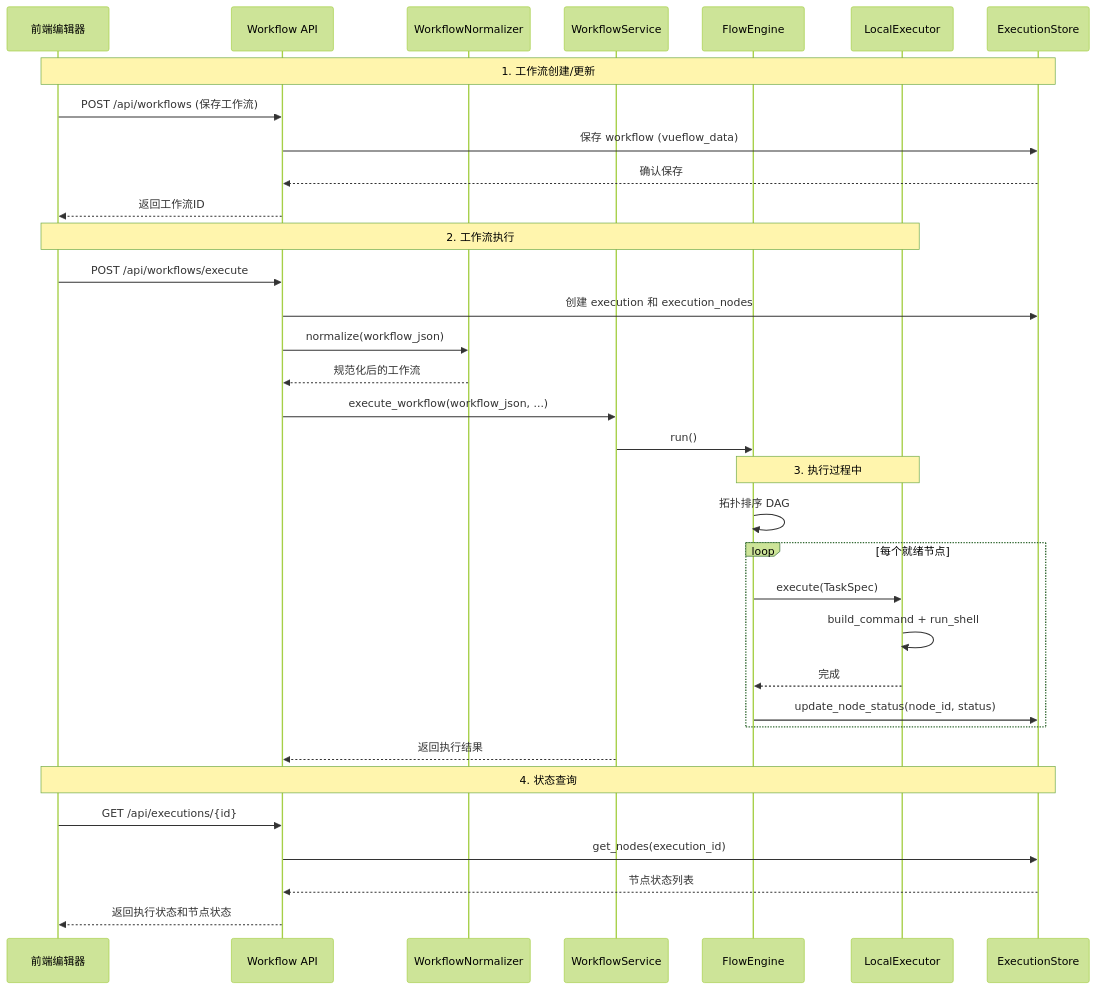
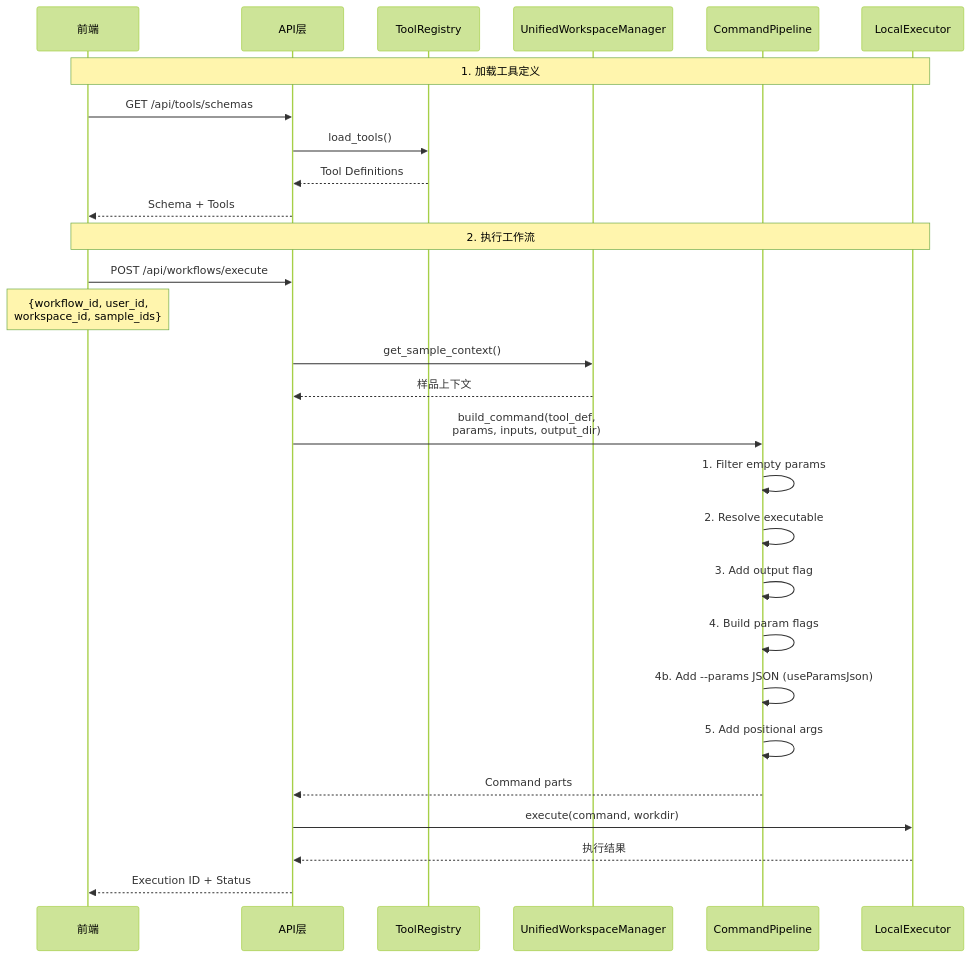
Before and after one commit to Computational-TDMS/TDEaseNext: the second of 2 diagrams in docs/ARCHITECTURE.md, drawn with Mermaid (forest theme). The commit also changed other lines of this file and 1463 other files, not shown here.

````diff
--- a/docs/ARCHITECTURE.md
+++ b/docs/ARCHITECTURE.md
@@ -133,43 +255,35 @@
 ```mermaid
 sequenceDiagram
-    participant F as 前端编辑器
-    participant API as Workflow API
-    participant Norm as WorkflowNormalizer
-    participant WFS as WorkflowService
-    participant FE as FlowEngine
-    participant LE as LocalExecutor
-    participant ES as ExecutionStore
+    participant F as 前端
+    participant API as API层
+    participant Reg as ToolRegistry
+    participant WS as UnifiedWorkspaceManager
+    participant Pipe as CommandPipeline
+    participant Exec as LocalExecutor
 
-    Note over F,ES: 1. 工作流创建/更新
-    F->>API: POST /api/workflows (保存工作流)
-    API->>ES: 保存 workflow (vueflow_data)
-    ES-->>API: 确认保存
-    API-->>F: 返回工作流ID
+    Note over F,Exec: 1. 加载工具定义
+    F->>API: GET /api/tools/schemas
+    API->>Reg: load_tools()
+    Reg-->>API: Tool Definitions
+    API-->>F: Schema + Tools
 
-    Note over F,LE: 2. 工作流执行
+    Note over F,Exec: 2. 执行工作流
     F->>API: POST /api/workflows/execute
-    API->>ES: 创建 execution 和 execution_nodes
+    Note over F: {workflow_id, user_id,<br/>workspace_id, sample_ids}
 
-    API->>Norm: normalize(workflow_json)
-    Norm-->>API: 规范化后的工作流
+    API->>WS: get_sample_context()
+    WS-->>API: 样品上下文
 
-    API->>WFS: execute_workflow(workflow_json, ...)
-    WFS->>FE: run()
+    API->>Pipe: build_command(tool_def,<br/>params, inputs, output_dir)
+    Pipe->>Pipe: 1. Filter empty params
+    Pipe->>Pipe: 2. Resolve executable
+    Pipe->>Pipe: 3. Add output flag
+    Pipe->>Pipe: 4. Build param flags
+    Pipe->>Pipe: 4b. Add --params JSON (useParamsJson)
+    Pipe->>Pipe: 5. Add positional args
+    Pipe-->>API: Command parts
 
-    Note over FE,LE: 3. 执行过程中
-    FE->>FE: 拓扑排序 DAG
-    loop 每个就绪节点
-        FE->>LE: execute(TaskSpec)
-        LE->>LE: build_command + run_shell
-        LE-->>FE: 完成
-        FE->>ES: update_node_status(node_id, status)
-    end
-
-    WFS-->>API: 返回执行结果
-
-    Note over F,ES: 4. 状态查询
-    F->>API: GET /api/executions/{id}
-    API->>ES: get_nodes(execution_id)
-    ES-->>API: 节点状态列表
-    API-->>F: 返回执行状态和节点状态
+    API->>Exec: execute(command, workdir)
+    Exec-->>API: 执行结果
+    API-->>F: Execution ID + Status
 ```
````
